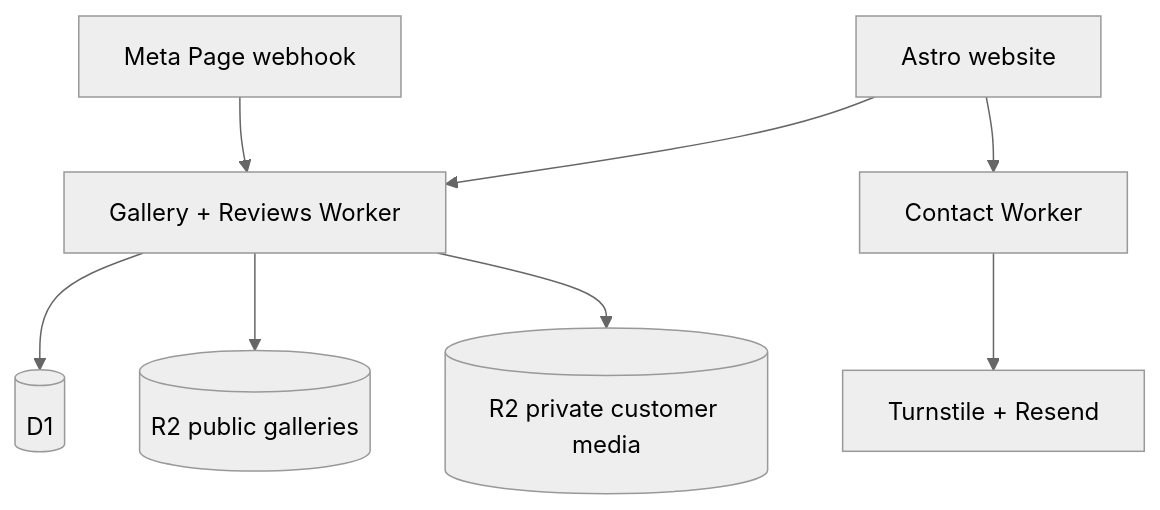
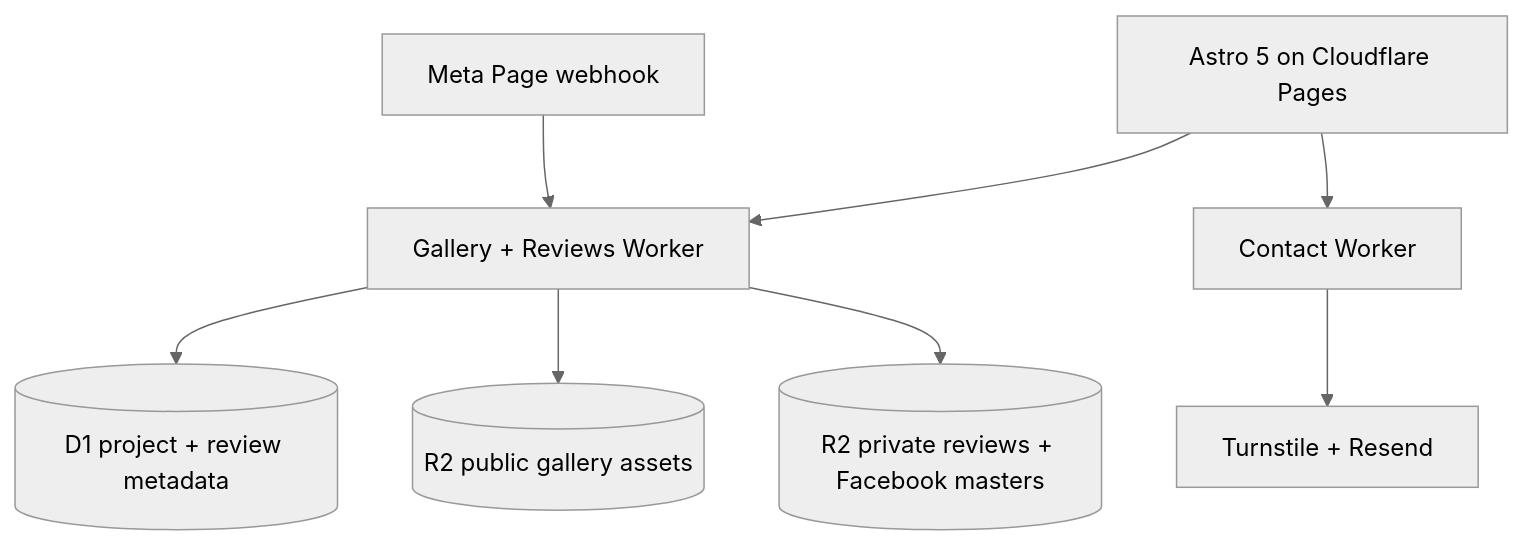
Before and after one commit to joshua-werlein/kilConstruction: the diagram in README.md, drawn with Mermaid (neutral theme). The commit also changed other lines of this file, not shown here.

Commit message:
docs: align KIL README with deployed Facebook gallery architecture

````diff
--- a/README.md
+++ b/README.md
@@ -39,10 +39,10 @@
 ```mermaid
 flowchart TB
-    A[Astro website] --> B[Gallery + Reviews Worker]
+    A[Astro 5 on Cloudflare Pages] --> B[Gallery + Reviews Worker]
     A --> C[Contact Worker]
-    B --> D[(D1)]
-    B --> E[(R2 public galleries)]
-    B --> F[(R2 private customer media)]
+    B --> D[(D1 project + review metadata)]
+    B --> E[(R2 public gallery assets)]
+    B --> F[(R2 private reviews + Facebook masters)]
     C --> G[Turnstile + Resend]
     H[Meta Page webhook] --> B
 ```
````
